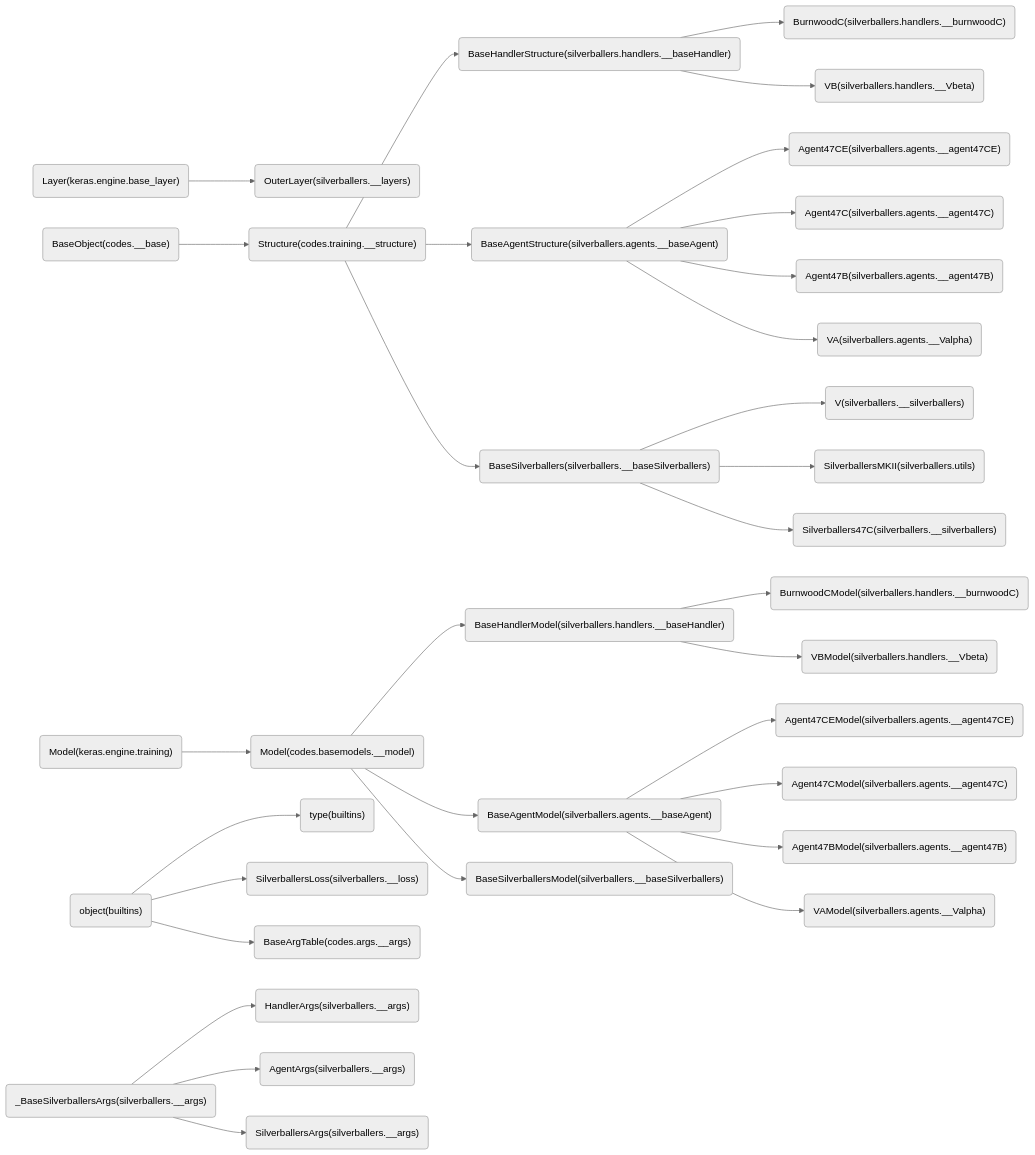
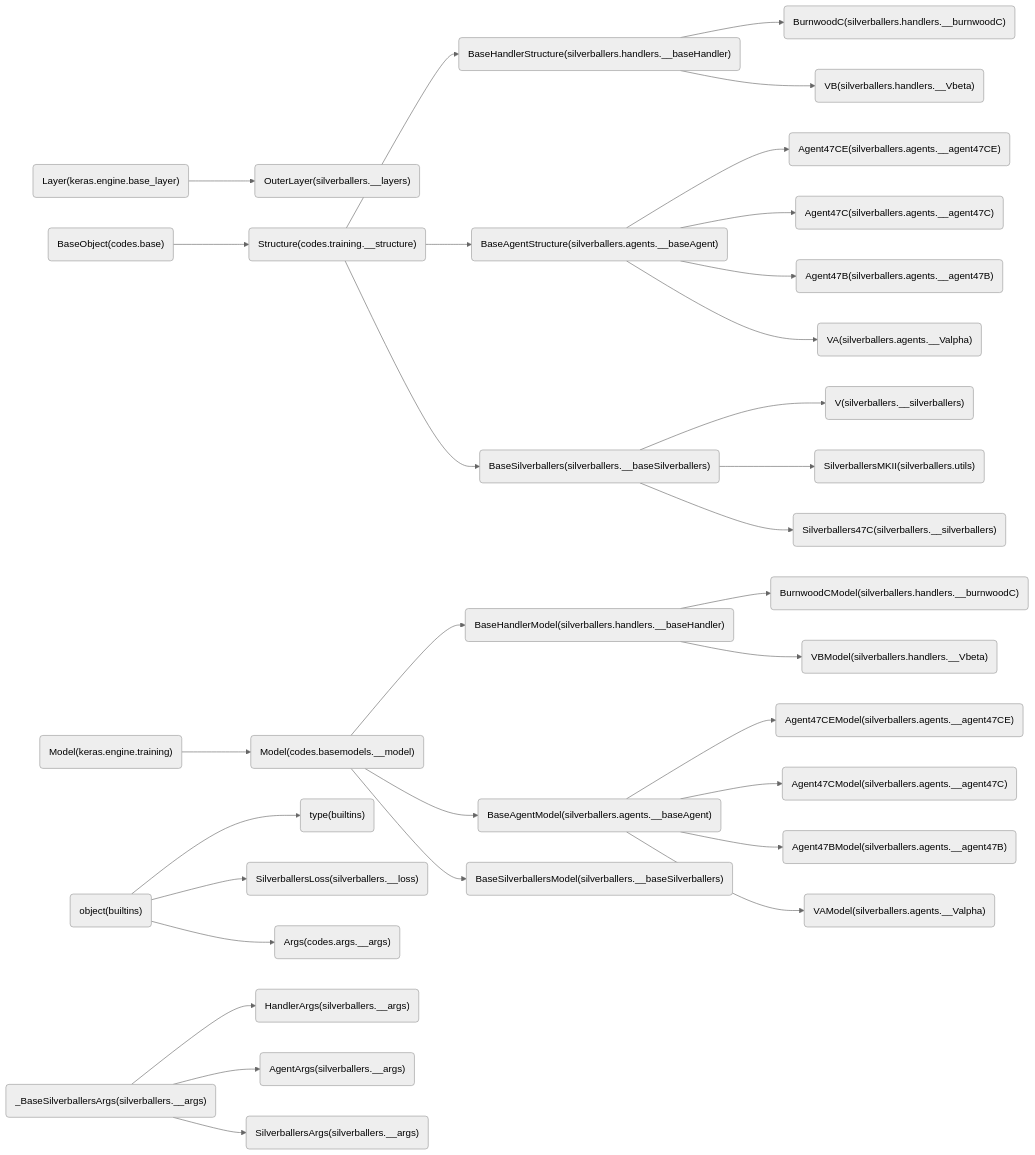
The second of 2 diagrams in classRef.md (cocoon2wong/Project-Jocker), drawn with Mermaid (neutral theme) before and after one commit. The commit also changed other lines of this file and 5 other files, not shown here.

````diff
--- a/classRef.md
+++ b/classRef.md
@@ -74,33 +76,33 @@
 ```mermaid
     graph LR
         keras.engine.base_layer_Layer("Layer(keras.engine.base_layer)") --> silverballers.__layers_OuterLayer("OuterLayer(silverballers.__layers)")
         builtins_object("object(builtins)") --> builtins_type("type(builtins)")
         silverballers.__args__BaseSilverballersArgs("_BaseSilverballersArgs(silverballers.__args)") --> silverballers.__args_HandlerArgs("HandlerArgs(silverballers.__args)")
         silverballers.handlers.__baseHandler_BaseHandlerModel("BaseHandlerModel(silverballers.handlers.__baseHandler)") --> silverballers.handlers.__burnwoodC_BurnwoodCModel("BurnwoodCModel(silverballers.handlers.__burnwoodC)")
         silverballers.handlers.__baseHandler_BaseHandlerStructure("BaseHandlerStructure(silverballers.handlers.__baseHandler)") --> silverballers.handlers.__burnwoodC_BurnwoodC("BurnwoodC(silverballers.handlers.__burnwoodC)")
         codes.training.__structure_Structure("Structure(codes.training.__structure)") --> silverballers.handlers.__baseHandler_BaseHandlerStructure("BaseHandlerStructure(silverballers.handlers.__baseHandler)")
         codes.basemodels.__model_Model("Model(codes.basemodels.__model)") --> silverballers.handlers.__baseHandler_BaseHandlerModel("BaseHandlerModel(silverballers.handlers.__baseHandler)")
-        codes.__base_BaseObject("BaseObject(codes.__base)") --> codes.training.__structure_Structure("Structure(codes.training.__structure)")
+        codes.base_BaseObject("BaseObject(codes.base)") --> codes.training.__structure_Structure("Structure(codes.training.__structure)")
         builtins_object("object(builtins)") --> silverballers.__loss_SilverballersLoss("SilverballersLoss(silverballers.__loss)")
         keras.engine.training_Model("Model(keras.engine.training)") --> codes.basemodels.__model_Model("Model(codes.basemodels.__model)")
         silverballers.handlers.__baseHandler_BaseHandlerModel("BaseHandlerModel(silverballers.handlers.__baseHandler)") --> silverballers.handlers.__Vbeta_VBModel("VBModel(silverballers.handlers.__Vbeta)")
         silverballers.handlers.__baseHandler_BaseHandlerStructure("BaseHandlerStructure(silverballers.handlers.__baseHandler)") --> silverballers.handlers.__Vbeta_VB("VB(silverballers.handlers.__Vbeta)")
         codes.training.__structure_Structure("Structure(codes.training.__structure)") --> silverballers.agents.__baseAgent_BaseAgentStructure("BaseAgentStructure(silverballers.agents.__baseAgent)")
         codes.basemodels.__model_Model("Model(codes.basemodels.__model)") --> silverballers.agents.__baseAgent_BaseAgentModel("BaseAgentModel(silverballers.agents.__baseAgent)")
         silverballers.__args__BaseSilverballersArgs("_BaseSilverballersArgs(silverballers.__args)") --> silverballers.__args_AgentArgs("AgentArgs(silverballers.__args)")
         silverballers.agents.__baseAgent_BaseAgentModel("BaseAgentModel(silverballers.agents.__baseAgent)") --> silverballers.agents.__agent47CE_Agent47CEModel("Agent47CEModel(silverballers.agents.__agent47CE)")
         silverballers.agents.__baseAgent_BaseAgentStructure("BaseAgentStructure(silverballers.agents.__baseAgent)") --> silverballers.agents.__agent47CE_Agent47CE("Agent47CE(silverballers.agents.__agent47CE)")
         silverballers.agents.__baseAgent_BaseAgentModel("BaseAgentModel(silverballers.agents.__baseAgent)") --> silverballers.agents.__agent47C_Agent47CModel("Agent47CModel(silverballers.agents.__agent47C)")
         silverballers.agents.__baseAgent_BaseAgentStructure("BaseAgentStructure(silverballers.agents.__baseAgent)") --> silverballers.agents.__agent47C_Agent47C("Agent47C(silverballers.agents.__agent47C)")
         silverballers.agents.__baseAgent_BaseAgentModel("BaseAgentModel(silverballers.agents.__baseAgent)") --> silverballers.agents.__agent47B_Agent47BModel("Agent47BModel(silverballers.agents.__agent47B)")
         silverballers.agents.__baseAgent_BaseAgentStructure("BaseAgentStructure(silverballers.agents.__baseAgent)") --> silverballers.agents.__agent47B_Agent47B("Agent47B(silverballers.agents.__agent47B)")
         silverballers.agents.__baseAgent_BaseAgentModel("BaseAgentModel(silverballers.agents.__baseAgent)") --> silverballers.agents.__Valpha_VAModel("VAModel(silverballers.agents.__Valpha)")
         silverballers.agents.__baseAgent_BaseAgentStructure("BaseAgentStructure(silverballers.agents.__baseAgent)") --> silverballers.agents.__Valpha_VA("VA(silverballers.agents.__Valpha)")
         silverballers.__baseSilverballers_BaseSilverballers("BaseSilverballers(silverballers.__baseSilverballers)") --> silverballers.__silverballers_V("V(silverballers.__silverballers)")
         codes.basemodels.__model_Model("Model(codes.basemodels.__model)") --> silverballers.__baseSilverballers_BaseSilverballersModel("BaseSilverballersModel(silverballers.__baseSilverballers)")
         silverballers.__baseSilverballers_BaseSilverballers("BaseSilverballers(silverballers.__baseSilverballers)") --> silverballers.utils_SilverballersMKII("SilverballersMKII(silverballers.utils)")
         silverballers.__args__BaseSilverballersArgs("_BaseSilverballersArgs(silverballers.__args)") --> silverballers.__args_SilverballersArgs("SilverballersArgs(silverballers.__args)")
         silverballers.__baseSilverballers_BaseSilverballers("BaseSilverballers(silverballers.__baseSilverballers)") --> silverballers.__silverballers_Silverballers47C("Silverballers47C(silverballers.__silverballers)")
         codes.training.__structure_Structure("Structure(codes.training.__structure)") --> silverballers.__baseSilverballers_BaseSilverballers("BaseSilverballers(silverballers.__baseSilverballers)")
-        builtins_object("object(builtins)") --> codes.args.__args_BaseArgTable("BaseArgTable(codes.args.__args)")
+        builtins_object("object(builtins)") --> codes.args.__args_Args("Args(codes.args.__args)")
 ```
````
